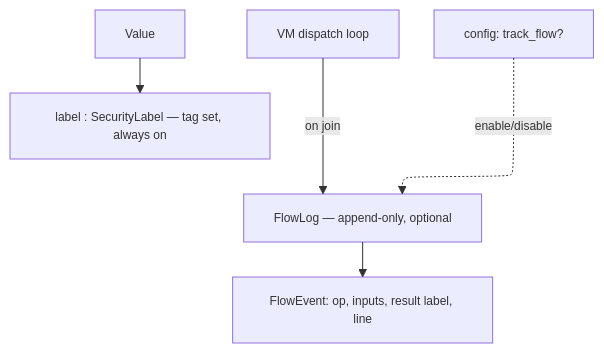
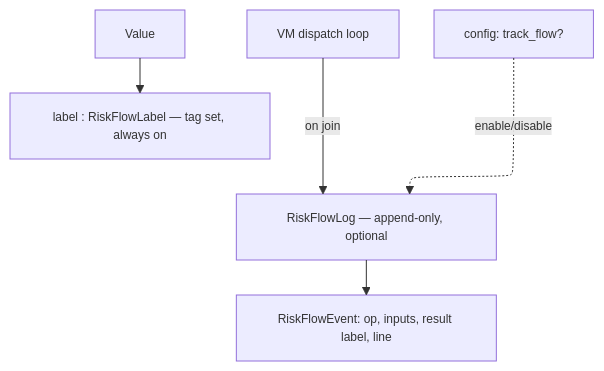
Before and after one commit to ModelArmy/adjutant.cr: the first of 4 diagrams in research/IFC_DESIGN.md, drawn with Mermaid. The commit also changed other lines of this file and 16 other files, not shown here.

Commit message:
Rename SecurityLabel/IFCPolicy/FlowLog/SinkAction/SinkRule family to RiskFlow* for naming consistency with static RiskProfile/RiskTag/RiskAggregator

````diff
--- a/research/IFC_DESIGN.md
+++ b/research/IFC_DESIGN.md
@@ -173,14 +181,14 @@
 ```mermaid
 ---
 displayMode: compact
 config:
   layout: elk
   themeVariables:
     fontSize: 12px
 ---
 flowchart TD
-    A[Value] --> B["label : SecurityLabel — tag set, always on"]
-    C[VM dispatch loop] -->|on join| D["FlowLog — append-only, optional"]
-    D --> E["FlowEvent: op, inputs, result label, line"]
+    A[Value] --> B["label : RiskFlowLabel — tag set, always on"]
+    C[VM dispatch loop] -->|on join| D["RiskFlowLog — append-only, optional"]
+    D --> E["RiskFlowEvent: op, inputs, result label, line"]
     F["config: track_flow?"] -.enable/disable.-> D
 ```
````
